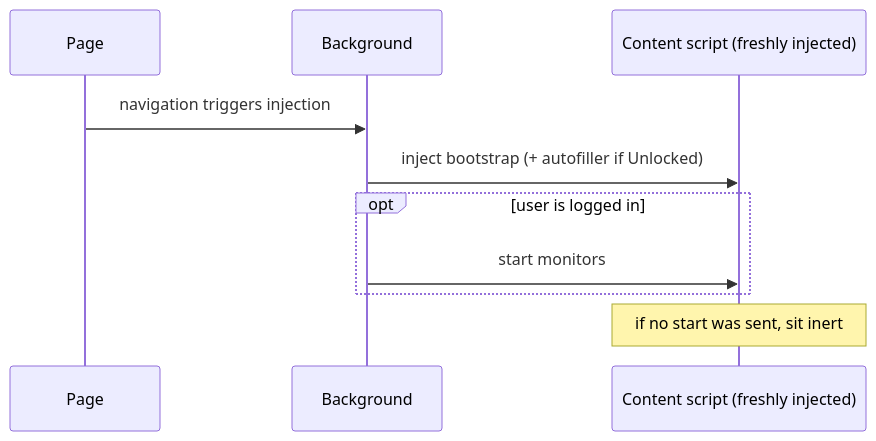
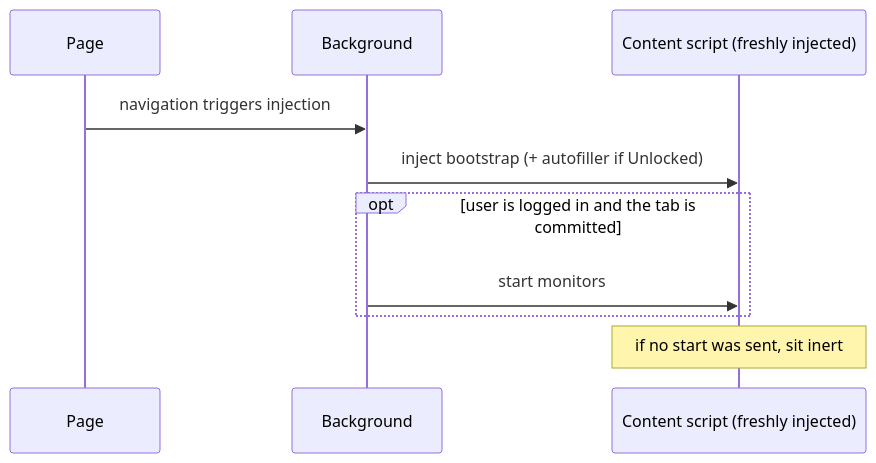
One commit to mulderje/clients changed the fifth of 5 diagrams in apps/browser/src/autofill/lifecycle.design.md. Above: the diagram before and after it, drawn with Mermaid. The commit also changed other lines of this file and 20 other files, not shown here.

````diff
--- a/apps/browser/src/autofill/lifecycle.design.md
+++ b/apps/browser/src/autofill/lifecycle.design.md
@@ -167,12 +241,12 @@
 ```mermaid
 sequenceDiagram
     participant Page
     participant BG as Background
     participant CS as Content script (freshly injected)
     Page->>BG: navigation triggers injection
     BG->>CS: inject bootstrap (+ autofiller if Unlocked)
-    opt user is logged in
+    opt user is logged in and the tab is committed
         BG->>CS: start monitors
     end
     Note over CS: if no start was sent, sit inert
 ```
````
